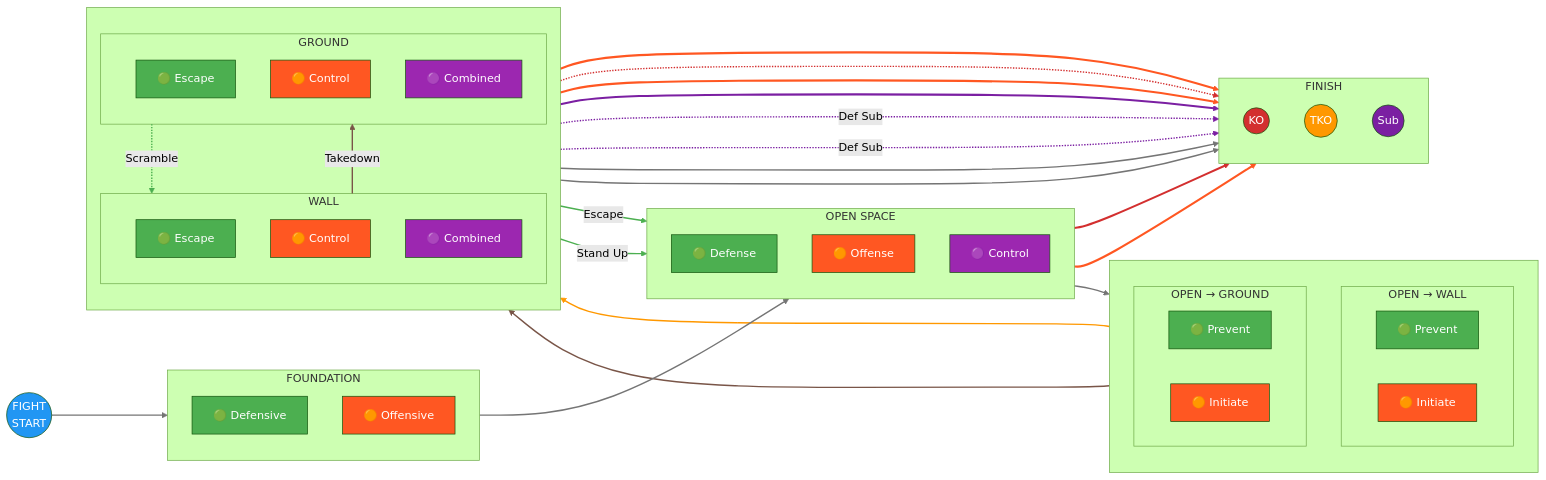
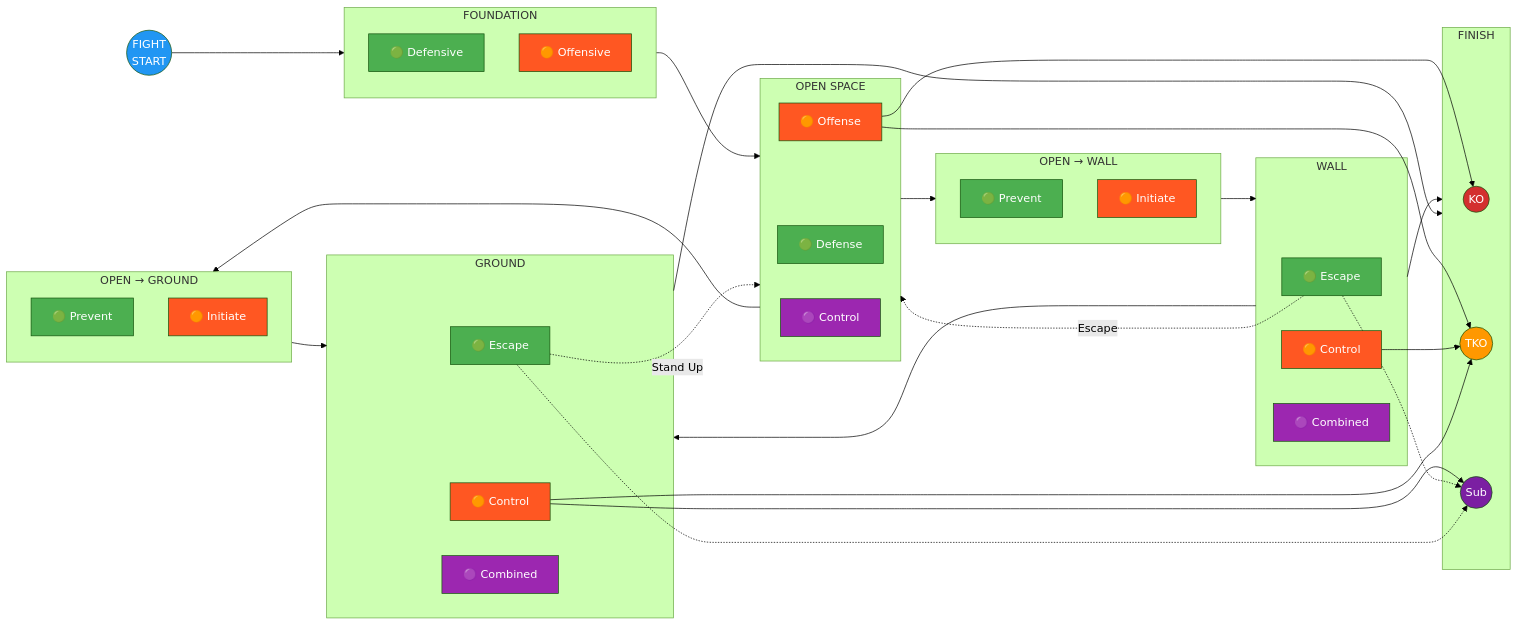
The diagram in docs/system/map.md (ACalienes/Ecological-MMA-Game-System), drawn with Mermaid (forest theme) before and after one commit.

Commit message:
Remove nested subgraphs - use flat structure for better layout

````diff
--- a/docs/system/map.md
+++ b/docs/system/map.md
@@ -11,87 +11,72 @@
 ```mermaid
 flowchart LR
-    %% === COLUMN 1: START ===
+    %% === SINGLE-LEVEL SUBGRAPHS ONLY ===
+
     START((FIGHT<br>START))
 
-    %% === COLUMN 2: FOUNDATION ===
     subgraph FOUNDATION["FOUNDATION"]
-        direction TB
         SK_D["🟢 Defensive"]
         SK_O["🟠 Offensive"]
     end
 
-    %% === COLUMN 3: OPEN SPACE ===
     subgraph OPEN["OPEN SPACE"]
-        direction TB
         OS_D["🟢 Defense"]
         OS_O["🟠 Offense"]
         OS_C["🟣 Control"]
     end
 
-    %% === COLUMN 4: TRANSITIONS (stacked) ===
-    subgraph TRANSITIONS[" "]
-        direction TB
-        subgraph TO_WALL["OPEN → WALL"]
-            TW_D["🟢 Prevent"]
-            TW_O["🟠 Initiate"]
-        end
-        subgraph TO_GROUND["OPEN → GROUND"]
-            TG_D["🟢 Prevent"]
-            TG_O["🟠 Initiate"]
-        end
+    subgraph TO_WALL["OPEN → WALL"]
+        TW_D["🟢 Prevent"]
+        TW_O["🟠 Initiate"]
     end
 
-    %% === COLUMN 5: POSITIONS (stacked) ===
-    subgraph POSITIONS[" "]
-        direction TB
-        subgraph WALL["WALL"]
-            W_D["🟢 Escape"]
-            W_O["🟠 Control"]
-            W_C["🟣 Combined"]
-        end
-        subgraph GROUND["GROUND"]
-            G_D["🟢 Escape"]
-            G_O["🟠 Control"]
-            G_C["🟣 Combined"]
-        end
+    subgraph TO_GROUND["OPEN → GROUND"]
+        TG_D["🟢 Prevent"]
+        TG_O["🟠 Initiate"]
     end
 
-    %% === COLUMN 6: FINISH ===
+    subgraph WALL["WALL"]
+        W_D["🟢 Escape"]
+        W_O["🟠 Control"]
+        W_C["🟣 Combined"]
+    end
+
+    subgraph GROUND["GROUND"]
+        G_D["🟢 Escape"]
+        G_O["🟠 Control"]
+        G_C["🟣 Combined"]
+    end
+
     subgraph FINISH["FINISH"]
-        direction TB
         KO((KO))
         TKO((TKO))
         SUB((Sub))
     end
 
-    %% === MAIN FLOW (left to right) ===
-    START --> FOUNDATION
-    FOUNDATION --> OPEN
-    OPEN --> TRANSITIONS
-    TO_WALL --> WALL
-    TO_GROUND --> GROUND
+    %% === MAIN FORWARD FLOW ===
+    START --> FOUNDATION --> OPEN
+    OPEN --> TO_WALL --> WALL
+    OPEN --> TO_GROUND --> GROUND
+    WALL --> GROUND
+
+    %% === TO FINISH ===
     WALL --> FINISH
     GROUND --> FINISH
-
-    %% === WALL TO GROUND ===
-    WALL -->|"Takedown"| GROUND
-
-    %% === ESCAPE PATHS (reverse - green) ===
-    W_D -->|"Escape"| OPEN
-    G_D -->|"Stand Up"| OPEN
-    GROUND -.->|"Scramble"| WALL
-
-    %% === FINISH PATHS ===
     OS_O --> KO
     OS_O --> TKO
     W_O --> TKO
-    W_O -.-> KO
     G_O --> TKO
     G_O --> SUB
-    W_D -.->|"Def Sub"| SUB
-    G_D -.->|"Def Sub"| SUB
 
-    %% === NODE STYLING ===
+    %% === ESCAPE PATHS (back to open) ===
+    W_D -.->|"Escape"| OPEN
+    G_D -.->|"Stand Up"| OPEN
+
+    %% === DEFENSIVE SUBS ===
+    W_D -.-> SUB
+    G_D -.-> SUB
+
+    %% === STYLING ===
     style START fill:#2196F3,color:#fff
     style SK_D fill:#4CAF50,color:#fff
     style SK_O fill:#FF5722,color:#fff
@@ -112,36 +97,6 @@
     style TKO fill:#FF9800,color:#fff
     style SUB fill:#7B1FA2,color:#fff
 
-    %% === LINK STYLING ===
-    %% 0-2: Main flow (gray)
-    linkStyle 0 stroke:#757575,stroke-width:2px
-    linkStyle 1 stroke:#757575,stroke-width:2px
-    linkStyle 2 stroke:#757575,stroke-width:2px
-    %% 3: TO_WALL to WALL (orange)
-    linkStyle 3 stroke:#FF9800,stroke-width:2px
-    %% 4: TO_GROUND to GROUND (brown)
-    linkStyle 4 stroke:#795548,stroke-width:2px
-    %% 5-6: To FINISH (gray)
-    linkStyle 5 stroke:#757575,stroke-width:2px
-    linkStyle 6 stroke:#757575,stroke-width:2px
-    %% 7: WALL to GROUND (brown)
-    linkStyle 7 stroke:#795548,stroke-width:2px
-    %% 8-10: Escape paths (green)
-    linkStyle 8 stroke:#4CAF50,stroke-width:2px
-    linkStyle 9 stroke:#4CAF50,stroke-width:2px
-    linkStyle 10 stroke:#4CAF50,stroke-width:2px
-    %% 11-12: KO paths (red)
-    linkStyle 11 stroke:#D32F2F,stroke-width:3px
-    linkStyle 14 stroke:#D32F2F,stroke-width:2px
-    %% 12-13, 15: TKO paths (orange-red)
-    linkStyle 12 stroke:#FF5722,stroke-width:3px
-    linkStyle 13 stroke:#FF5722,stroke-width:3px
-    linkStyle 15 stroke:#FF5722,stroke-width:3px
-    %% 16-18: SUB paths (purple)
-    linkStyle 16 stroke:#7B1FA2,stroke-width:3px
-    linkStyle 17 stroke:#7B1FA2,stroke-width:2px
-    linkStyle 18 stroke:#7B1FA2,stroke-width:2px
-
     %% === CLICK TARGETS ===
     click SK_D "#foundation-defensive"
     click SK_O "#foundation-offensive"
````
